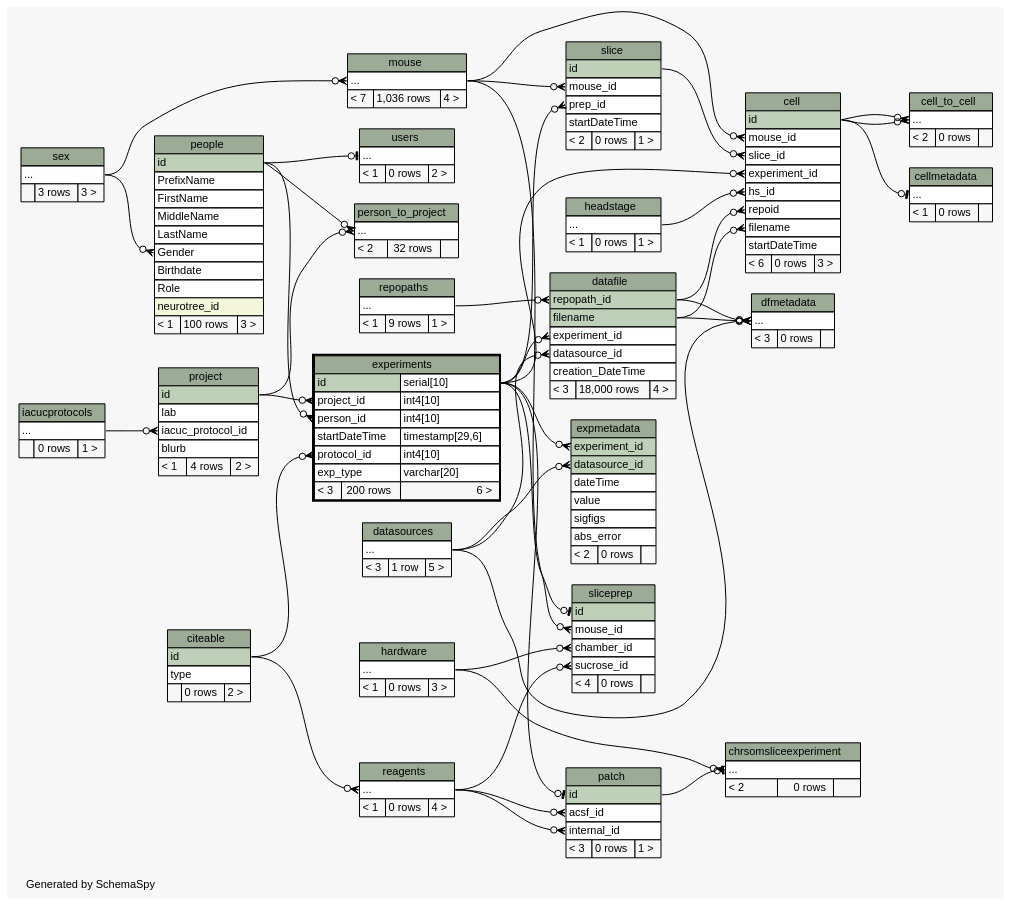
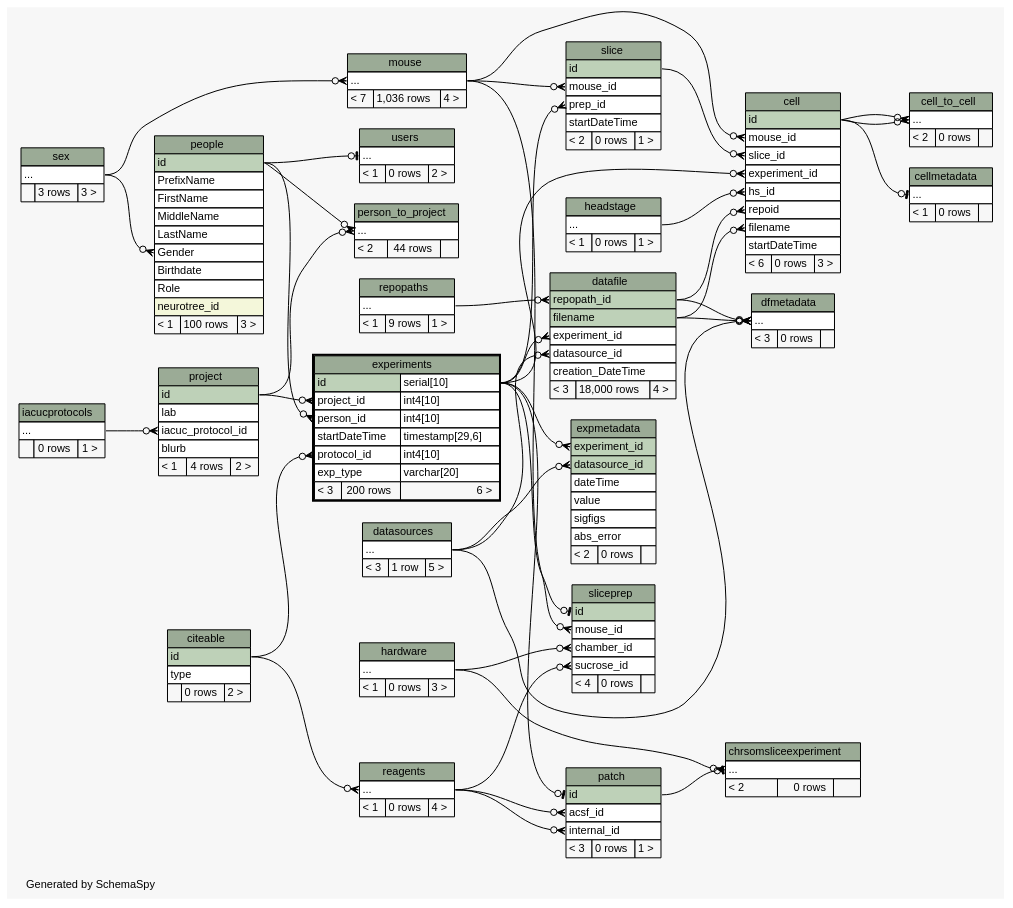
Before and after one commit to tgbugs/mlab: the diagram in database/ss/diagrams/experiments.2degrees.dot, drawn with Graphviz. The commit also changed 76 other files, not shown here.

Commit message:
done for the night, fixed a few fk relationships and rebuild schemaspy

```diff
--- a/database/ss/diagrams/experiments.2degrees.dot
+++ b/database/ss/diagrams/experiments.2degrees.dot
@@ -254,7 +254,7 @@
     <TABLE BORDER="0" CELLBORDER="1" CELLSPACING="0" BGCOLOR="#ffffff">
       <TR><TD COLSPAN="3" BGCOLOR="#9bab96" ALIGN="CENTER">person_to_project</TD></TR>
       <TR><TD PORT="elipses" COLSPAN="3" ALIGN="LEFT">...</TD></TR>
-      <TR><TD ALIGN="LEFT" BGCOLOR="#f7f7f7">&lt; 2</TD><TD ALIGN="RIGHT" BGCOLOR="#f7f7f7">32 rows</TD><TD ALIGN="RIGHT" BGCOLOR="#f7f7f7">  </TD></TR>
+      <TR><TD ALIGN="LEFT" BGCOLOR="#f7f7f7">&lt; 2</TD><TD ALIGN="RIGHT" BGCOLOR="#f7f7f7">44 rows</TD><TD ALIGN="RIGHT" BGCOLOR="#f7f7f7">  </TD></TR>
     </TABLE>>
     URL="person_to_project.html"
     tooltip="person_to_project"
```
